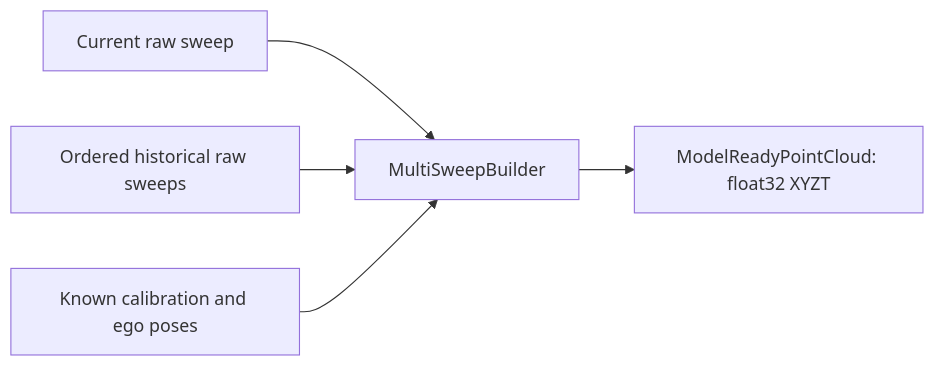
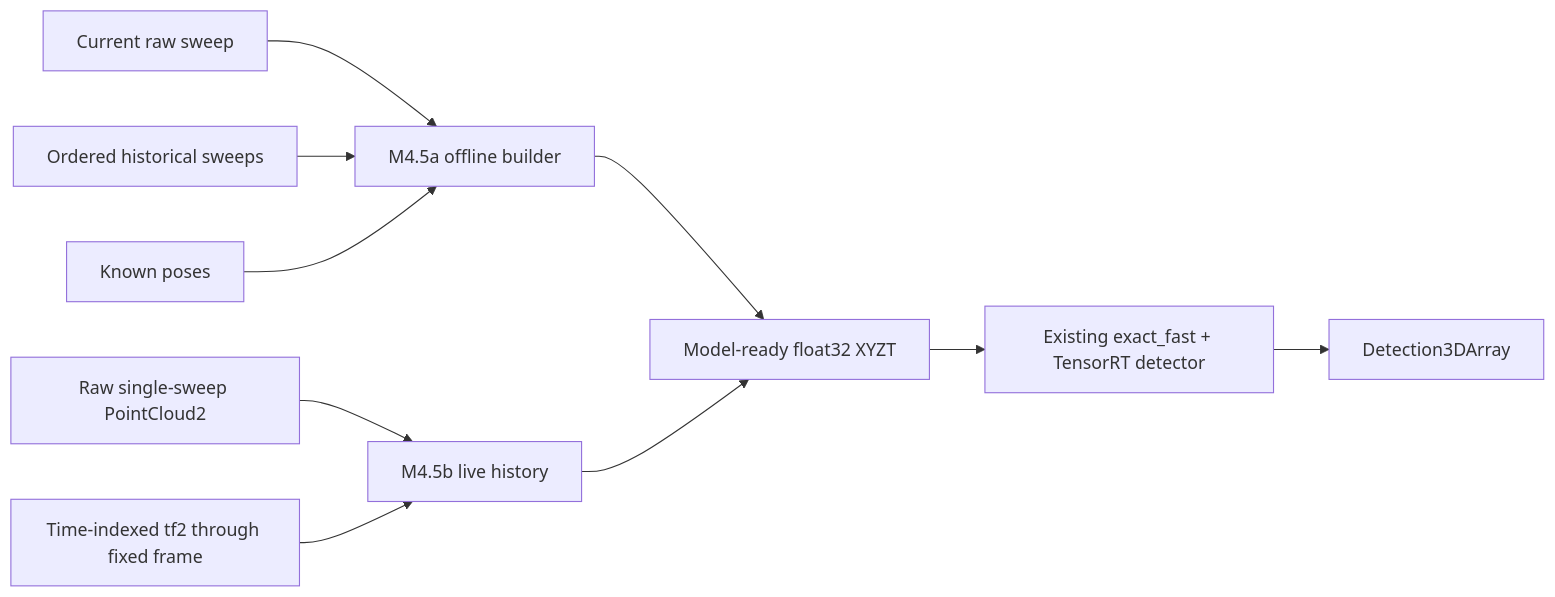
One commit to muhammadmahadazher/laserperception changed the second of 4 diagrams in docs/ARCHITECTURE.md. Above: the diagram before and after it, drawn with Mermaid. The commit also changed other lines of this file and 11 other files, not shown here.

````diff
--- a/docs/ARCHITECTURE.md
+++ b/docs/ARCHITECTURE.md
@@ -27,7 +27,12 @@
 ```mermaid
 flowchart LR
-    C["Current raw sweep"] --> B["MultiSweepBuilder"]
-    H["Ordered historical raw sweeps"] --> B
-    P["Known calibration and ego poses"] --> B
-    B --> M["ModelReadyPointCloud: float32 XYZT"]
+    C["Current raw sweep"] --> A["M4.5a offline builder"]
+    H["Ordered historical sweeps"] --> A
+    P["Known poses"] --> A
+    R["Raw single-sweep PointCloud2"] --> L["M4.5b live history"]
+    T["Time-indexed tf2 through fixed frame"] --> L
+    A --> M["Model-ready float32 XYZT"]
+    L --> M
+    M --> D["Existing exact_fast + TensorRT detector"]
+    D --> O["Detection3DArray"]
 ```
````
